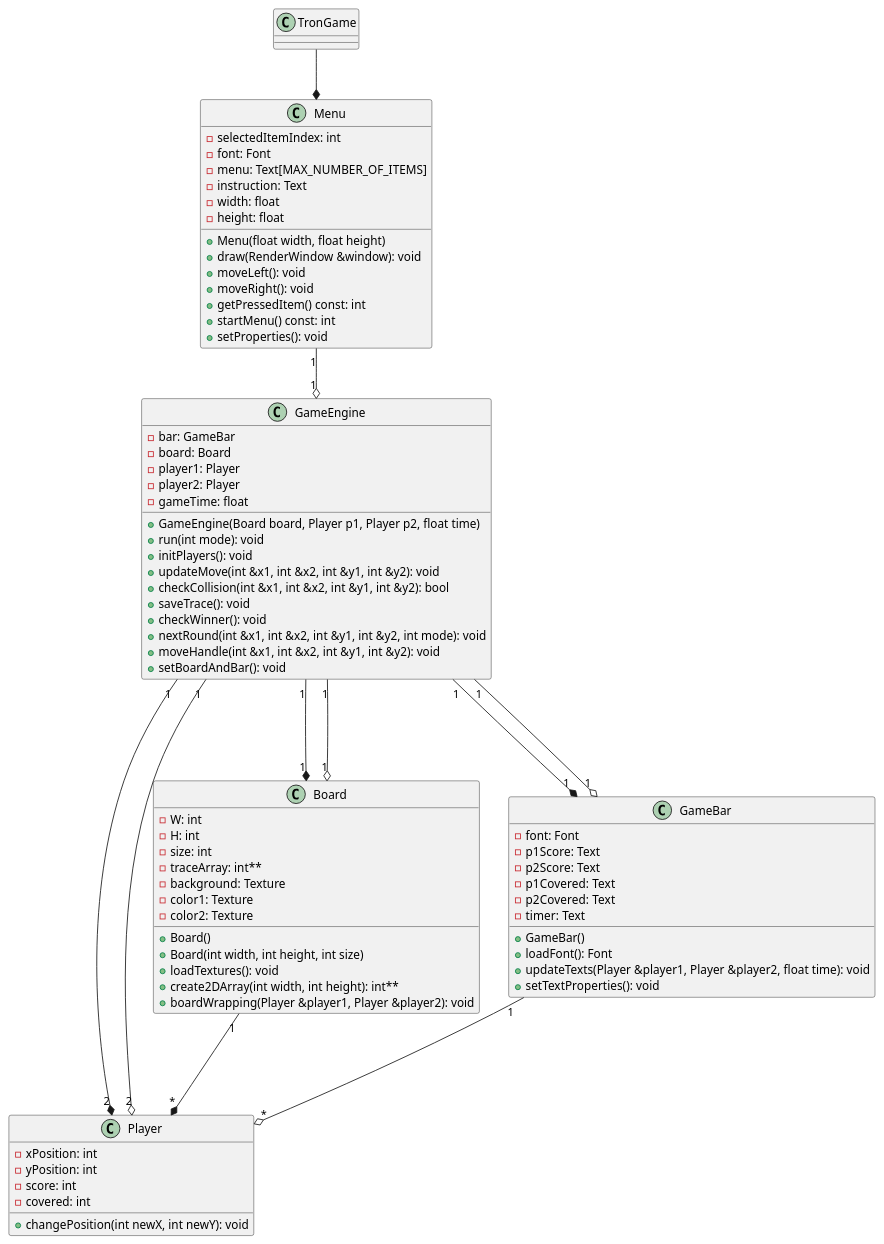
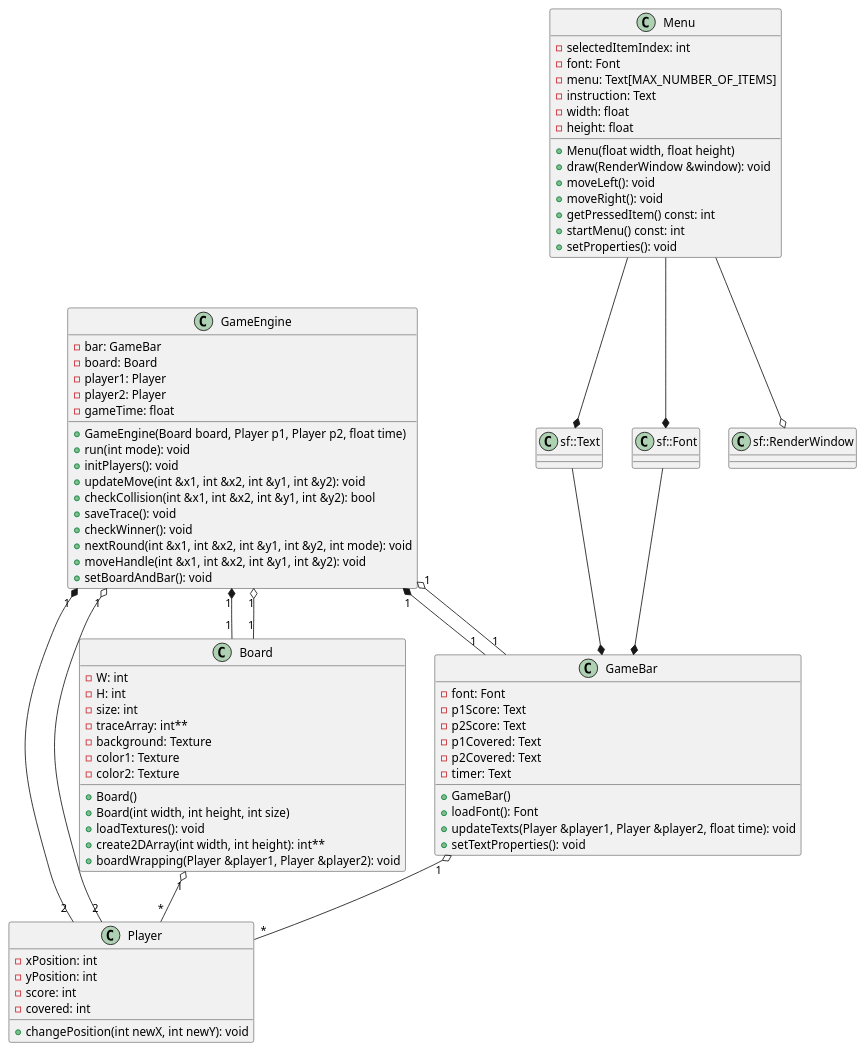
The diagram in docs/diagrama.puml (AltamiranoBraulio/Proyecto_Tron), drawn with PlantUML before and after one commit.

Commit message:
diagrama actualizado

```diff
--- a/docs/diagrama.puml
+++ b/docs/diagrama.puml
@@ -1,95 +1,95 @@
 @startuml
+class sf::Text
+class sf::Font
+class sf::RenderWindow
 
-class TronGame {
-    
-}
+
 
 class Player {
     -xPosition: int
     -yPosition: int
     -score: int
     -covered: int
     +changePosition(int newX, int newY): void
 }
 
 class Board {
     -W: int
     -H: int
     -size: int
     -traceArray: int**
     -background: Texture
     -color1: Texture
     -color2: Texture
     +Board()
     +Board(int width, int height, int size)
     +loadTextures(): void
     +create2DArray(int width, int height): int**
     +boardWrapping(Player &player1, Player &player2): void
 }
 
 class GameBar {
     -font: Font
     -p1Score: Text
     -p2Score: Text
     -p1Covered: Text
     -p2Covered: Text
     -timer: Text
     +GameBar()
     +loadFont(): Font
     +updateTexts(Player &player1, Player &player2, float time): void
     +setTextProperties(): void
 }
 
 class GameEngine {
     -bar: GameBar
     -board: Board
     -player1: Player
     -player2: Player
     -gameTime: float
     +GameEngine(Board board, Player p1, Player p2, float time)
     +run(int mode): void
     +initPlayers(): void
     +updateMove(int &x1, int &x2, int &y1, int &y2): void
     +checkCollision(int &x1, int &x2, int &y1, int &y2): bool
     +saveTrace(): void
     +checkWinner(): void
     +nextRound(int &x1, int &x2, int &y1, int &y2, int mode): void
     +moveHandle(int &x1, int &x2, int &y1, int &y2): void
     +setBoardAndBar(): void
 }
 
 class Menu {
     -selectedItemIndex: int
     -font: Font
     -menu: Text[MAX_NUMBER_OF_ITEMS]
     -instruction: Text
     -width: float
     -height: float
     +Menu(float width, float height)
     +draw(RenderWindow &window): void
     +moveLeft(): void
     +moveRight(): void
     +getPressedItem() const: int
     +startMenu() const: int
     +setProperties(): void
 }
 
 
 
-TronGame --* Menu
-Menu "1" --o "1" GameEngine
-GameEngine "1" --* "1" Board 
-GameEngine "1" --* "2" Player
-GameEngine "1" --* "1" GameBar
 
-GameEngine "1" ---o "1" Board
-GameEngine "1" ---o "2" Player
-GameEngine "1" ---o "1" GameBar
-
-Board "1" ---* "*" Player
-
-GameBar "1" ---o "*" Player
-
-
+GameEngine "1" *-- "1" Board 
+GameEngine "1" *-- "2" Player
+GameEngine "1" *-- "1" GameBar
+GameEngine "1" o-- "1" Board
+GameEngine "1" o-- "2" Player
+GameEngine "1" o-- "1" GameBar
+Board "1" o-- "*" Player
+GameBar "1" o-- "*" Player
+sf::Text --* GameBar 
+sf::Font --* GameBar
+Menu --* sf::Text
+Menu --* sf::Font
+Menu --o sf::RenderWindow
 
 @enduml
```
